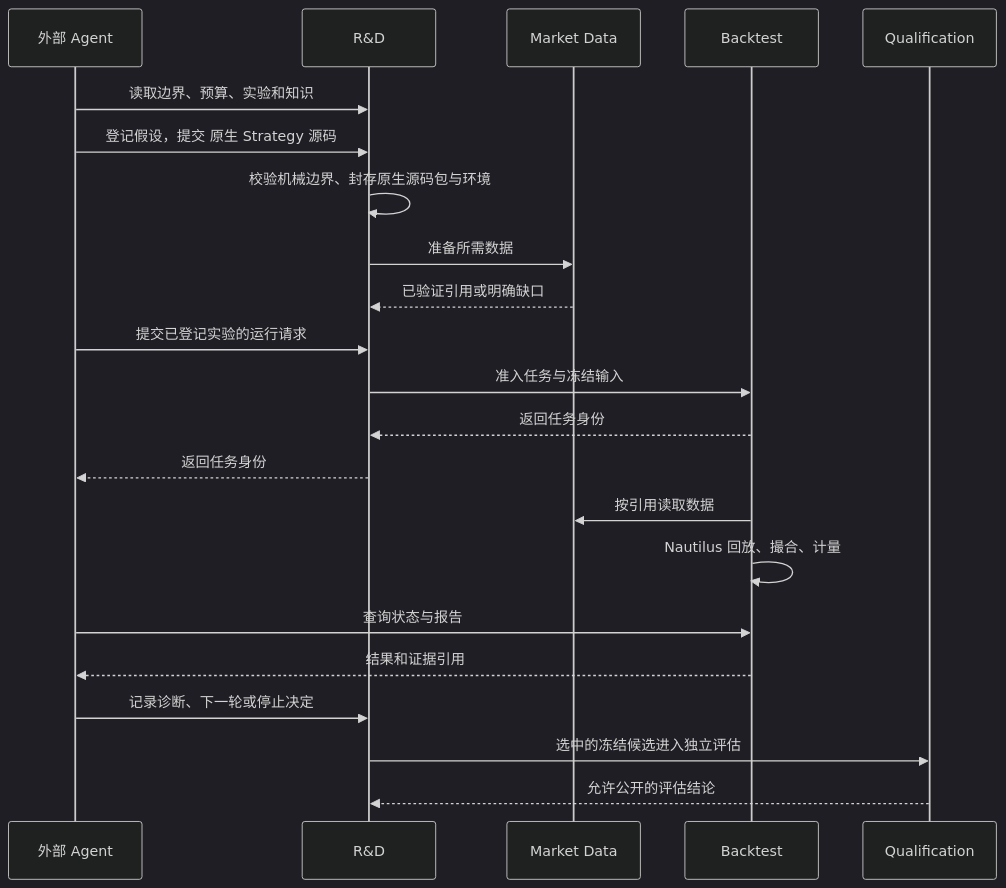
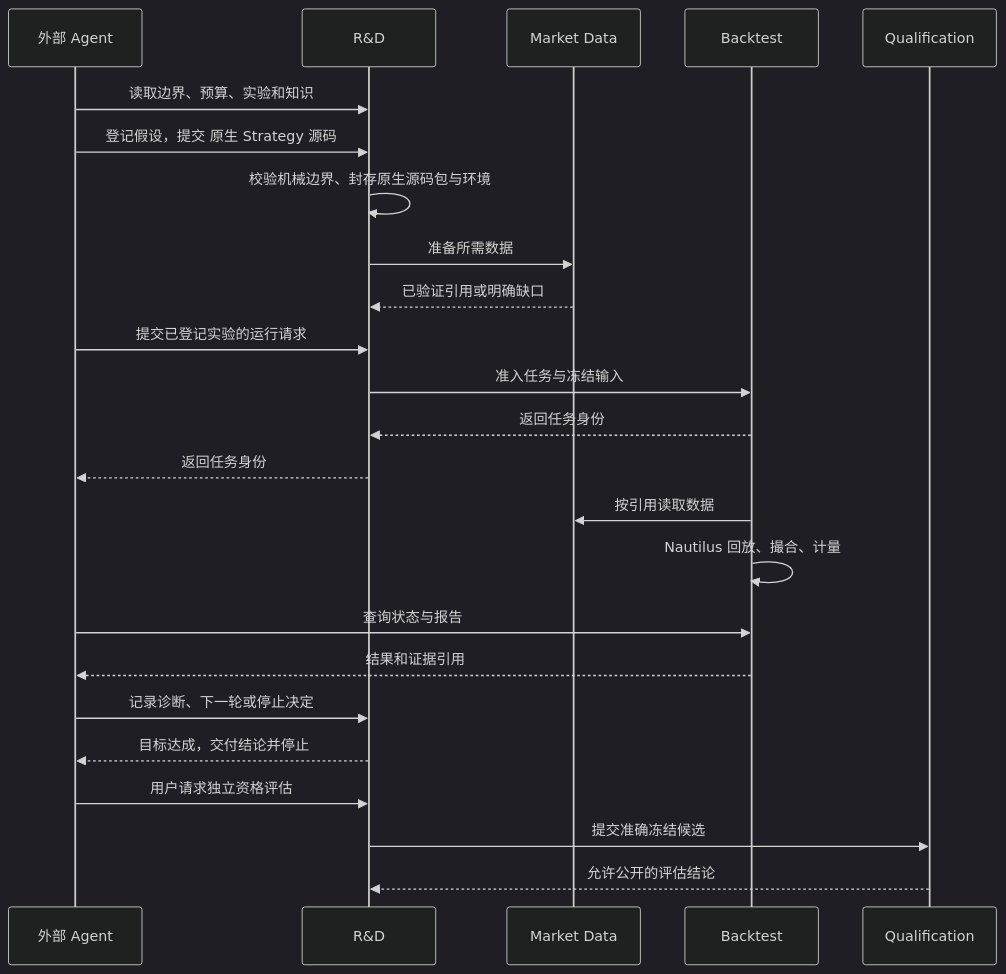
Before and after one commit to qOeOp/trade: the third of 5 diagrams in docs/architecture/index.zh.md, drawn with Mermaid (dark theme). The commit also changed other lines of this file and 57 other files, not shown here.

Commit message:
docs(architecture): align unified blueprint with native Nautilus capabilities

````diff
--- a/docs/architecture/index.zh.md
+++ b/docs/architecture/index.zh.md
@@ -656,24 +656,26 @@
 ```mermaid
 sequenceDiagram
     participant A as 外部 Agent
     participant R as R&D
     participant M as Market Data
     participant B as Backtest
     participant Q as Qualification
     A->>R: 读取边界、预算、实验和知识
     A->>R: 登记假设，提交 原生 Strategy 源码
     R->>R: 校验机械边界、封存原生源码包与环境
     R->>M: 准备所需数据
     M-->>R: 已验证引用或明确缺口
     A->>R: 提交已登记实验的运行请求
     R->>B: 准入任务与冻结输入
     B-->>R: 返回任务身份
     R-->>A: 返回任务身份
     B->>M: 按引用读取数据
     B->>B: Nautilus 回放、撮合、计量
     A->>B: 查询状态与报告
     B-->>A: 结果和证据引用
     A->>R: 记录诊断、下一轮或停止决定
-    R->>Q: 选中的冻结候选进入独立评估
+    R-->>A: 目标达成，交付结论并停止
+    A->>R: 用户请求独立资格评估
+    R->>Q: 提交准确冻结候选
     Q-->>R: 允许公开的评估结论
 ```
````
